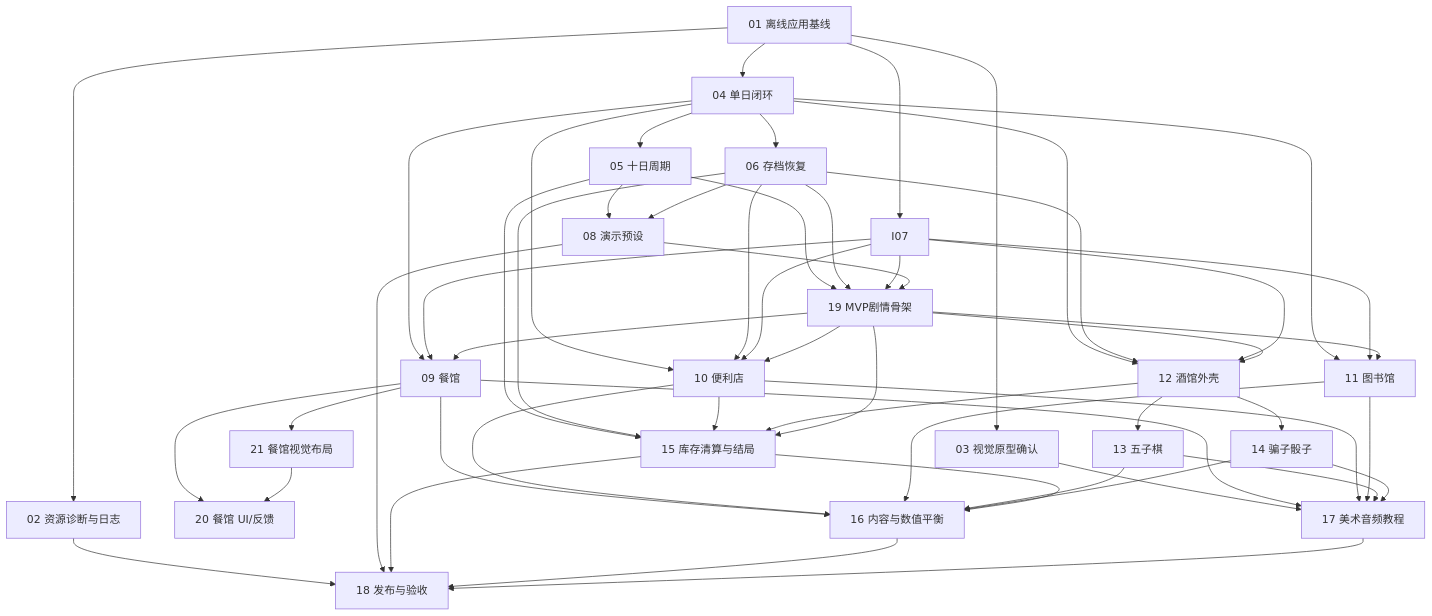
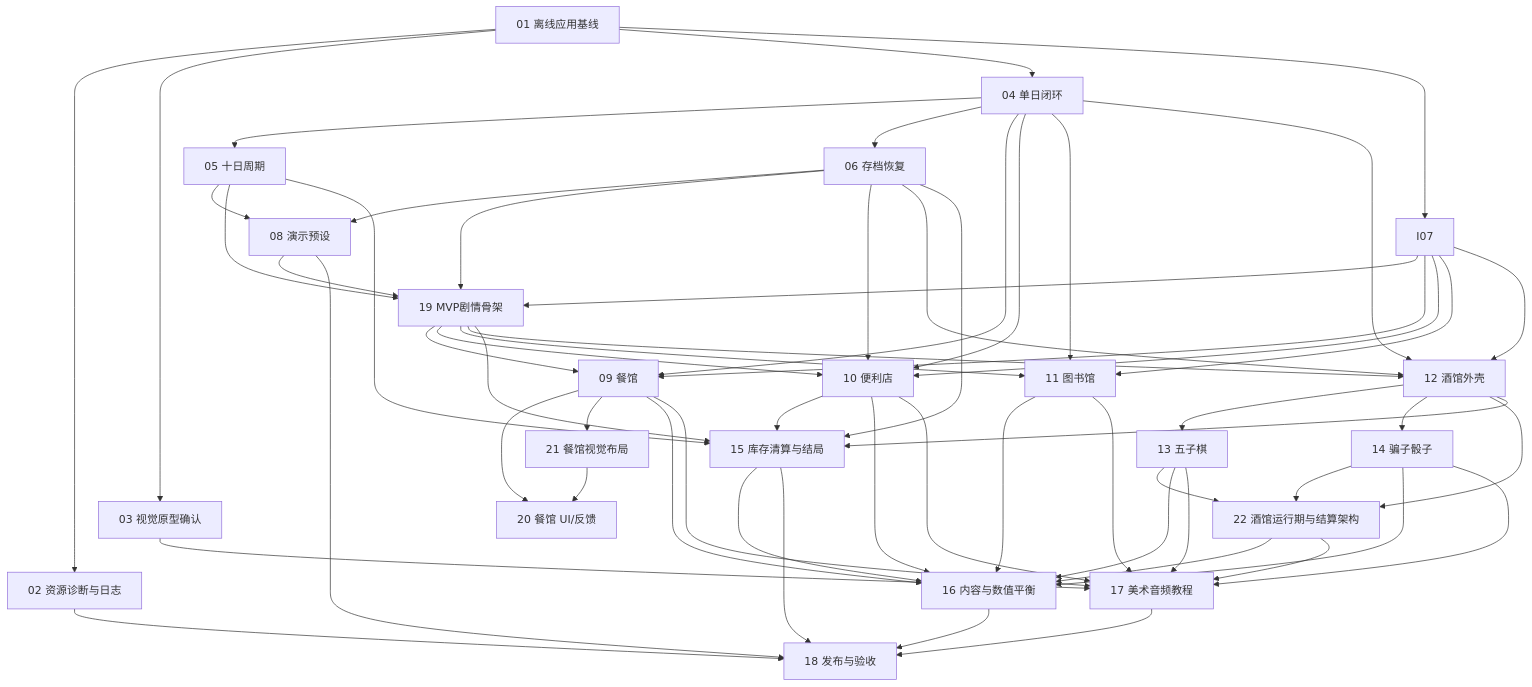
One commit to ljm-hsw/-666 changed the diagram in docs/PROJECT_PLAN.md. Above: the diagram before and after it, drawn with Mermaid. The commit also changed other lines of this file and 30 other files, not shown here.

````diff
--- a/docs/PROJECT_PLAN.md
+++ b/docs/PROJECT_PLAN.md
@@ -29,56 +29,61 @@
 ```mermaid
 flowchart TD
     I01["01 离线应用基线"] --> I02["02 资源诊断与日志"]
     I01 --> I03["03 视觉原型确认"]
     I01 --> I04["04 单日闭环"]
     I04 --> I05["05 十日周期"]
     I04 --> I06["06 存档恢复"]
     I01 --> I07
     I05 --> I08["08 演示预设"]
     I06 --> I08
     I05 --> I19["19 MVP剧情骨架"]
     I06 --> I19
     I07 --> I19
     I08 --> I19
     I04 --> I09["09 餐馆"]
     I07 --> I09
     I19 --> I09
     I09 --> I20["20 餐馆 UI/反馈"]
     I09 --> I21["21 餐馆视觉布局"]
     I21 --> I20
     I04 --> I10["10 便利店"]
     I06 --> I10
     I07 --> I10
     I19 --> I10
     I04 --> I11["11 图书馆"]
     I07 --> I11
     I19 --> I11
     I04 --> I12["12 酒馆外壳"]
     I06 --> I12
     I07 --> I12
     I19 --> I12
     I12 --> I13["13 五子棋"]
     I12 --> I14["14 骗子骰子"]
+    I12 --> I22["22 酒馆运行期与结算架构"]
+    I13 --> I22
+    I14 --> I22
     I05 --> I15["15 库存清算与结局"]
     I06 --> I15
     I10 --> I15
     I12 --> I15
     I19 --> I15
     I09 --> I16["16 内容与数值平衡"]
     I10 --> I16
     I11 --> I16
     I13 --> I16
     I14 --> I16
+    I22 --> I16
     I15 --> I16
     I03 --> I17["17 美术音频教程"]
     I09 --> I17
     I10 --> I17
     I11 --> I17
     I13 --> I17
     I14 --> I17
+    I22 --> I17
     I02 --> I18["18 发布与验收"]
     I08 --> I18
     I15 --> I18
     I16 --> I18
     I17 --> I18
 ```
````
